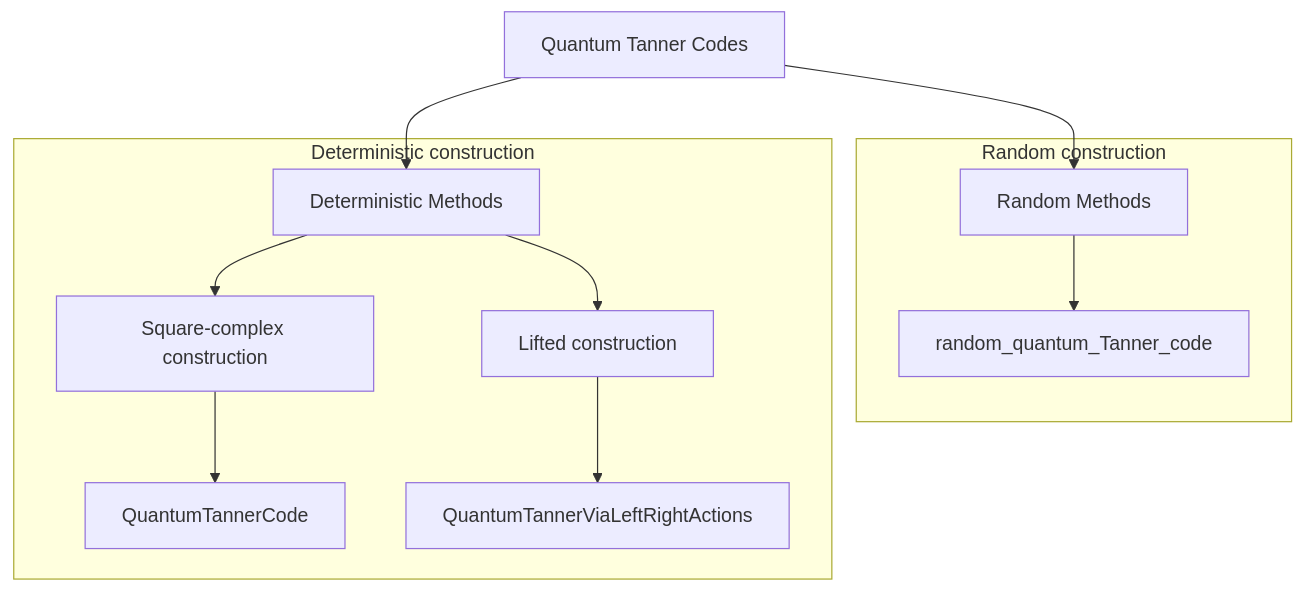
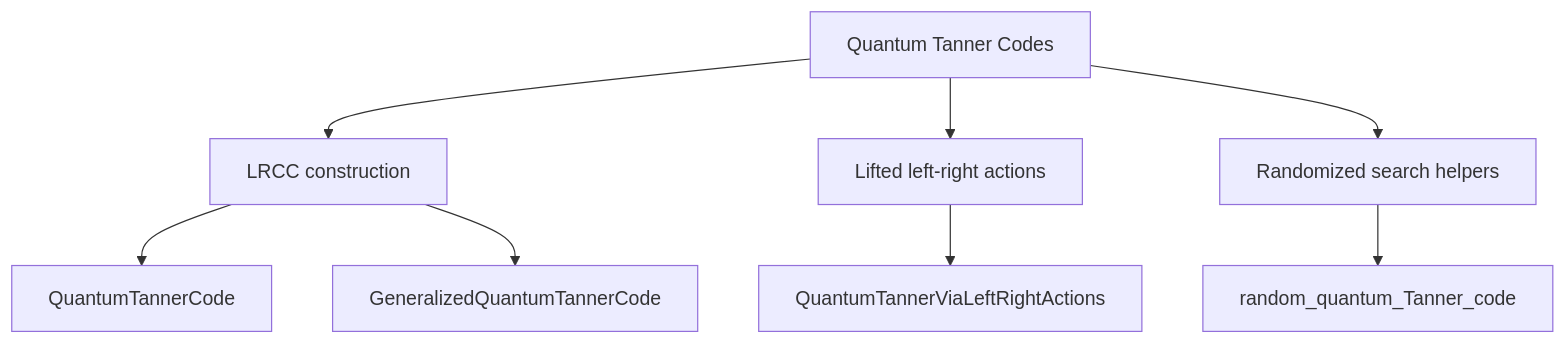
Before and after one commit to QuantumSavory/QuantumExpanders.jl: the diagram in README.md, drawn with Mermaid.

Commit message:
Update mermaid diagram to flowchart syntax

````diff
--- a/README.md
+++ b/README.md
@@ -61,16 +61,15 @@
 ```mermaid
-graph TD
-    QuantumTannerCodes["Quantum Tanner Codes"] --> RandomMethods["Random Methods"]
-    QuantumTannerCodes --> DeterministicMethods["Deterministic Methods"]
+flowchart TD
+    QT["Quantum Tanner Codes"]
 
-    subgraph "Random construction"
-        RandomMethods --> RandomQuantumTannerCode["`random_quantum_Tanner_code`"]
-    end
+    QT --> LRCC["LRCC construction"]
+    QT --> Lifted["Lifted left-right actions"]
+    QT --> Search["Randomized search helpers"]
 
-    subgraph "Deterministic construction"
-        DeterministicMethods --> SquareComplex["Square-complex construction"]
-        DeterministicMethods --> Lifted["Lifted construction"]
-        SquareComplex --> QuantumTannerCode["`QuantumTannerCode`"]
-        Lifted --> QuantumTannerViaLeftRightActions["`QuantumTannerViaLeftRightActions`"]
-    end
+    LRCC --> QTC["QuantumTannerCode"]
+    LRCC --> GQTC["GeneralizedQuantumTannerCode"]
+
+    Lifted --> LRA["QuantumTannerViaLeftRightActions"]
+
+    Search --> RQTC["random_quantum_Tanner_code"]
 ```
````
